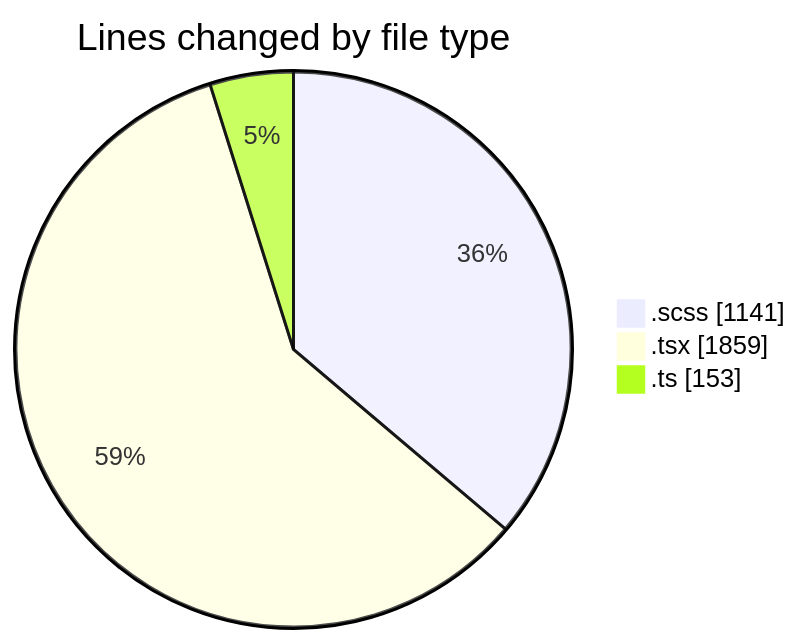
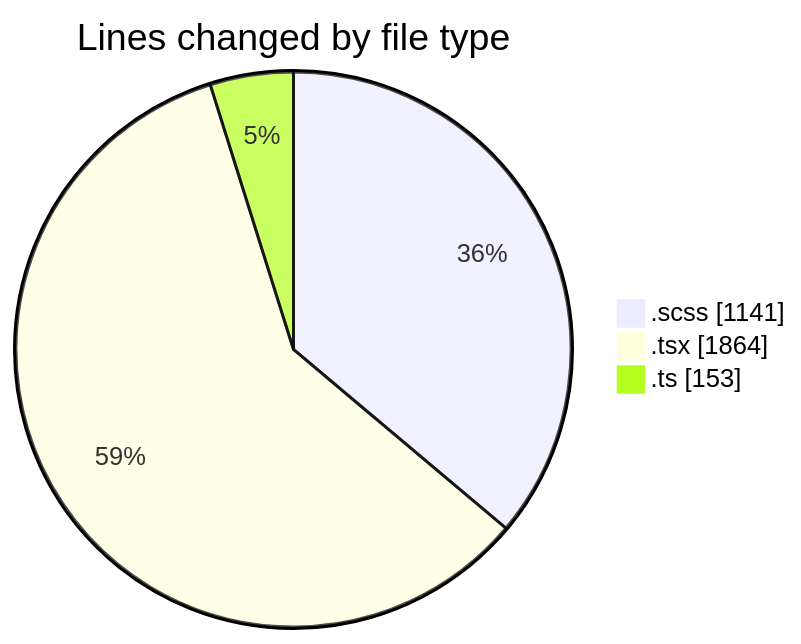
Before and after one commit to momahboobian/code-tracking: the first of 2 diagrams in 2025-03-28/cda/README.md, drawn with Mermaid. The commit also changed other lines of this file and 1 other file, not shown here.

````diff
--- a/2025-03-28/cda/README.md
+++ b/2025-03-28/cda/README.md
@@ -29,7 +29,7 @@
 ```mermaid
 pie showData
 title Lines changed by file type
 ".scss" : 1141
-".tsx" : 1859
+".tsx" : 1864
 ".ts" : 153
 ```
````
